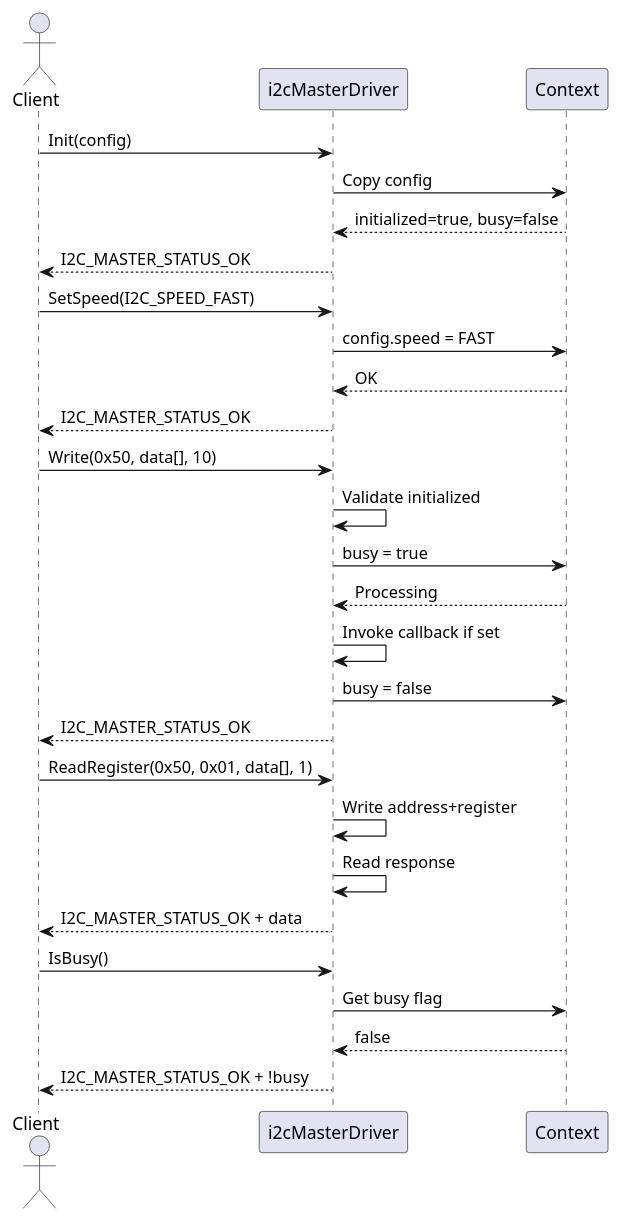
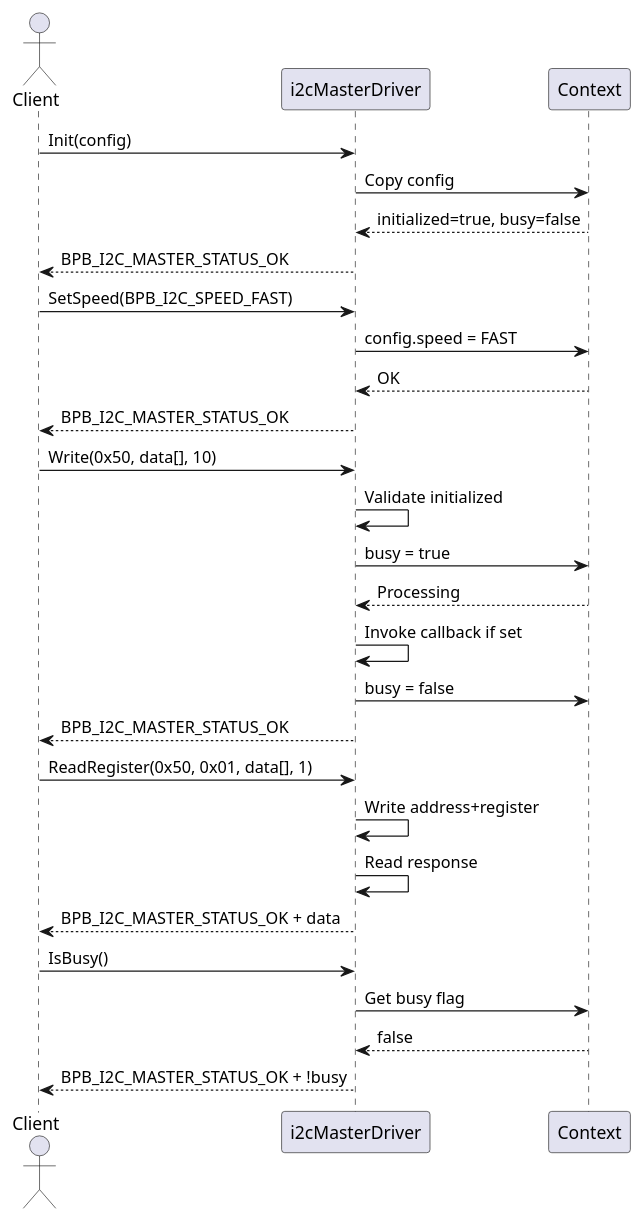
One commit to LinhTrucVo/Bico_Protocol_Bridge changed the diagram in 3_swComp/layer1Driver/i2cMasterDriver/2_design/i2cMasterDriverSequenceDiagram.puml. Above: the diagram before and after it, drawn with PlantUML. The commit also changed 195 other files, not shown here.

```diff
--- a/3_swComp/layer1Driver/i2cMasterDriver/2_design/i2cMasterDriverSequenceDiagram.puml
+++ b/3_swComp/layer1Driver/i2cMasterDriver/2_design/i2cMasterDriverSequenceDiagram.puml
@@ -1,33 +1,33 @@
 @startuml i2cMasterDriverSequenceDiagram
 actor Client
 participant "i2cMasterDriver" as i2c
 participant "Context" as ctx
 
 Client -> i2c : Init(config)
 i2c -> ctx : Copy config
 ctx --> i2c : initialized=true, busy=false
-i2c --> Client : I2C_MASTER_STATUS_OK
+i2c --> Client : BPB_I2C_MASTER_STATUS_OK
 
-Client -> i2c : SetSpeed(I2C_SPEED_FAST)
+Client -> i2c : SetSpeed(BPB_I2C_SPEED_FAST)
 i2c -> ctx : config.speed = FAST
 ctx --> i2c : OK
-i2c --> Client : I2C_MASTER_STATUS_OK
+i2c --> Client : BPB_I2C_MASTER_STATUS_OK
 
 Client -> i2c : Write(0x50, data[], 10)
 i2c -> i2c : Validate initialized
 i2c -> ctx : busy = true
 ctx --> i2c : Processing
 i2c -> i2c : Invoke callback if set
 i2c -> ctx : busy = false
-i2c --> Client : I2C_MASTER_STATUS_OK
+i2c --> Client : BPB_I2C_MASTER_STATUS_OK
 
 Client -> i2c : ReadRegister(0x50, 0x01, data[], 1)
 i2c -> i2c : Write address+register
 i2c -> i2c : Read response
-i2c --> Client : I2C_MASTER_STATUS_OK + data
+i2c --> Client : BPB_I2C_MASTER_STATUS_OK + data
 
 Client -> i2c : IsBusy()
 i2c -> ctx : Get busy flag
 ctx --> i2c : false
-i2c --> Client : I2C_MASTER_STATUS_OK + !busy
+i2c --> Client : BPB_I2C_MASTER_STATUS_OK + !busy
 @enduml
```
